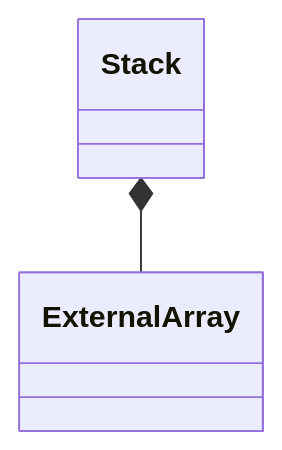
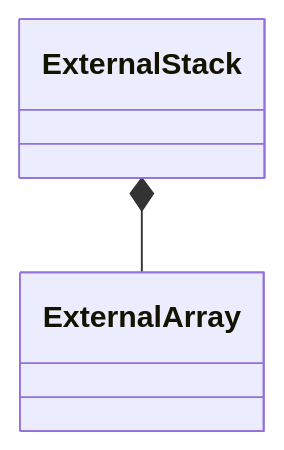
One commit to nasa/fprime changed the diagram in Fw/DataStructures/docs/ExternalStack.md. Above: the diagram before and after it, drawn with Mermaid. The commit also changed 89 other files, not shown here.

````diff
--- a/Fw/DataStructures/docs/ExternalStack.md
+++ b/Fw/DataStructures/docs/ExternalStack.md
@@ -31,4 +31,4 @@
 ```mermaid
 classDiagram
-    Stack *-- ExternalArray
+    ExternalStack *-- ExternalArray
 ```
````
